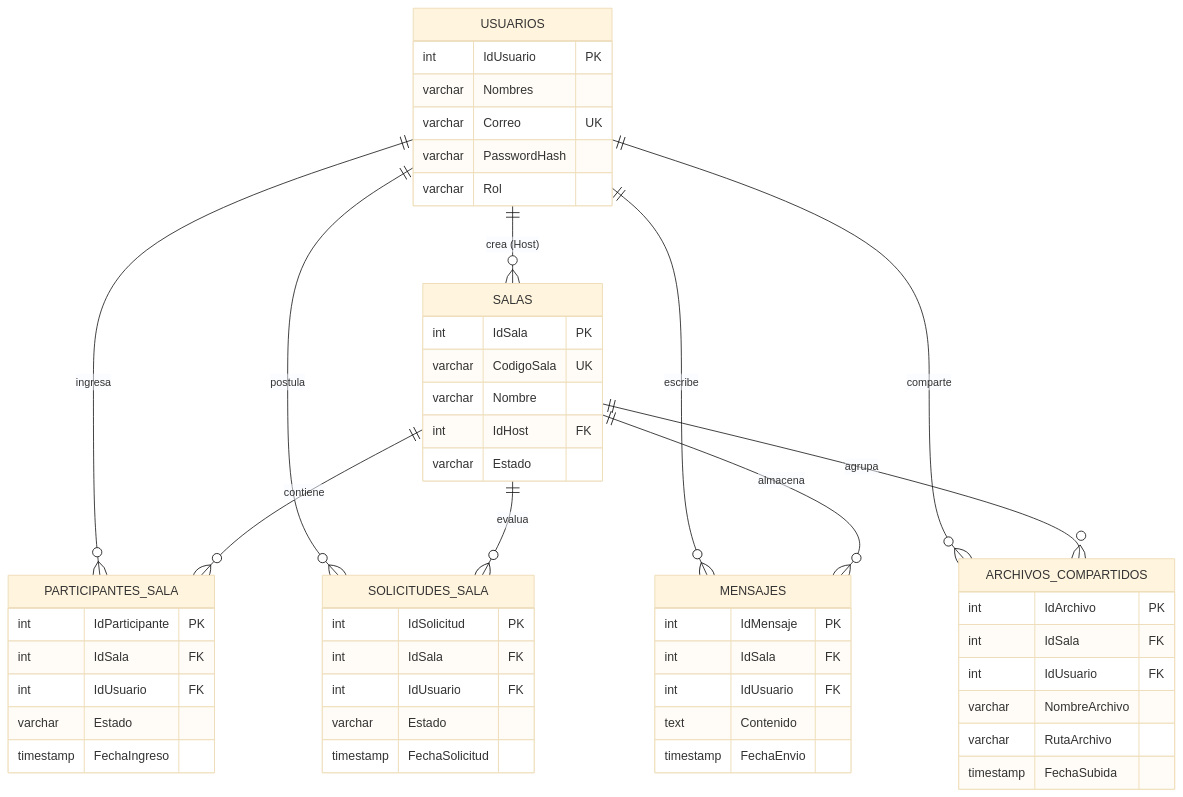
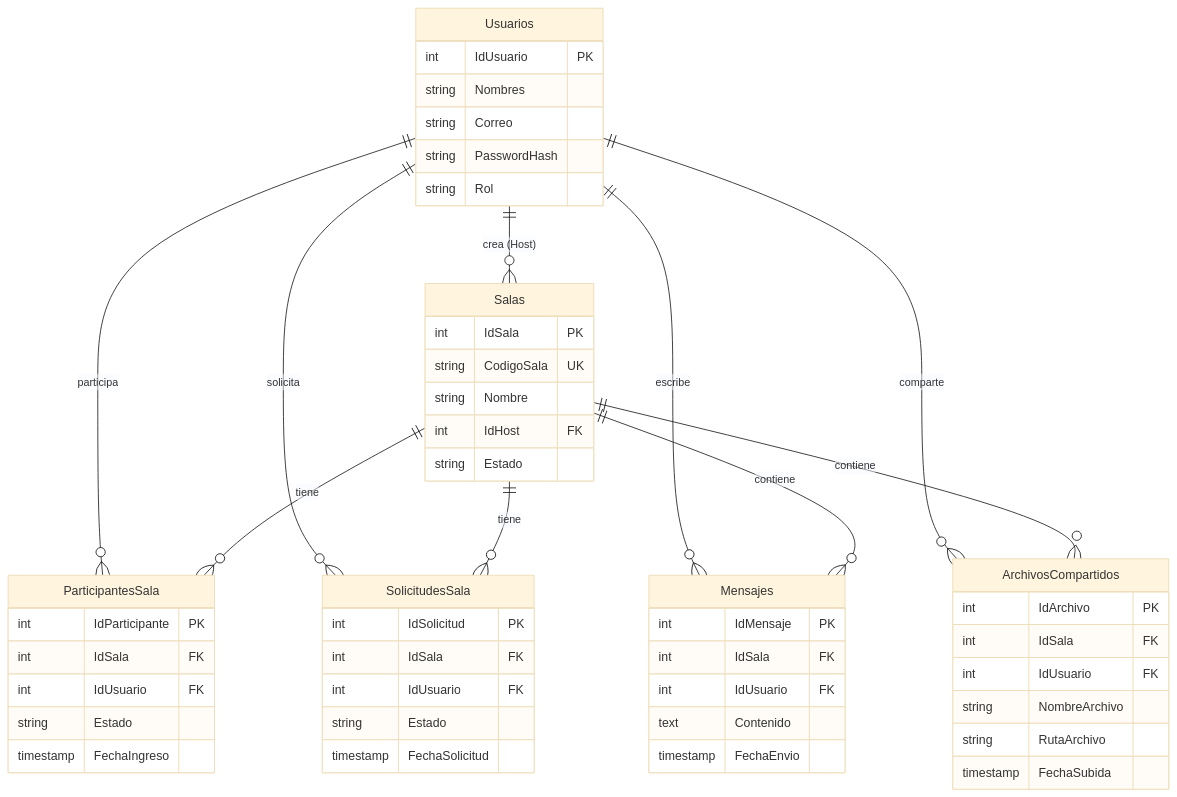
One commit to W4t4r1/LP2-Zoom changed the sixth of 6 diagrams in docs/informe.md. Above: the diagram before and after it, drawn with Mermaid (base theme). The commit also changed other lines of this file and 10 other files, not shown here.

Commit message:
docs: add documentation, diagrams, and presentation assets for the final project

````diff
--- a/docs/informe.md
+++ b/docs/informe.md
@@ -437,57 +480,62 @@
 ```mermaid
 erDiagram
-    USUARIOS ||--o{ SALAS : "crea (Host)"
-    USUARIOS ||--o{ PARTICIPANTES_SALA : "ingresa"
-    USUARIOS ||--o{ SOLICITUDES_SALA : "postula"
-    USUARIOS ||--o{ MENSAJES : "escribe"
-    USUARIOS ||--o{ ARCHIVOS_COMPARTIDOS : "comparte"
+    Usuarios ||--o{ Salas : "crea (Host)"
+    Usuarios ||--o{ ParticipantesSala : "participa"
+    Usuarios ||--o{ SolicitudesSala : "solicita"
+    Usuarios ||--o{ Mensajes : "escribe"
+    Usuarios ||--o{ ArchivosCompartidos : "comparte"
 
-    SALAS ||--o{ PARTICIPANTES_SALA : "contiene"
-    SALAS ||--o{ SOLICITUDES_SALA : "evalua"
-    SALAS ||--o{ MENSAJES : "almacena"
-    SALAS ||--o{ ARCHIVOS_COMPARTIDOS : "agrupa"
+    Salas ||--o{ ParticipantesSala : "tiene"
+    Salas ||--o{ SolicitudesSala : "tiene"
+    Salas ||--o{ Mensajes : "contiene"
+    Salas ||--o{ ArchivosCompartidos : "contiene"
 
-    USUARIOS {
+    Usuarios {
         int IdUsuario PK
-        varchar Nombres
-        varchar Correo UK
-        varchar PasswordHash
-        varchar Rol
+        string Nombres
+        string Correo
+        string PasswordHash
+        string Rol
     }
-    SALAS {
+
+    Salas {
         int IdSala PK
-        varchar CodigoSala UK
-        varchar Nombre
+        string CodigoSala UK
+        string Nombre
         int IdHost FK
-        varchar Estado
+        string Estado
     }
-    PARTICIPANTES_SALA {
+
+    ParticipantesSala {
         int IdParticipante PK
         int IdSala FK
         int IdUsuario FK
-        varchar Estado
+        string Estado
         timestamp FechaIngreso
     }
-    SOLICITUDES_SALA {
+
+    SolicitudesSala {
         int IdSolicitud PK
         int IdSala FK
         int IdUsuario FK
-        varchar Estado
+        string Estado
         timestamp FechaSolicitud
     }
-    MENSAJES {
+
+    Mensajes {
         int IdMensaje PK
         int IdSala FK
         int IdUsuario FK
         text Contenido
         timestamp FechaEnvio
     }
-    ARCHIVOS_COMPARTIDOS {
+
+    ArchivosCompartidos {
         int IdArchivo PK
         int IdSala FK
         int IdUsuario FK
-        varchar NombreArchivo
-        varchar RutaArchivo
+        string NombreArchivo
+        string RutaArchivo
         timestamp FechaSubida
     }
 ```
````
